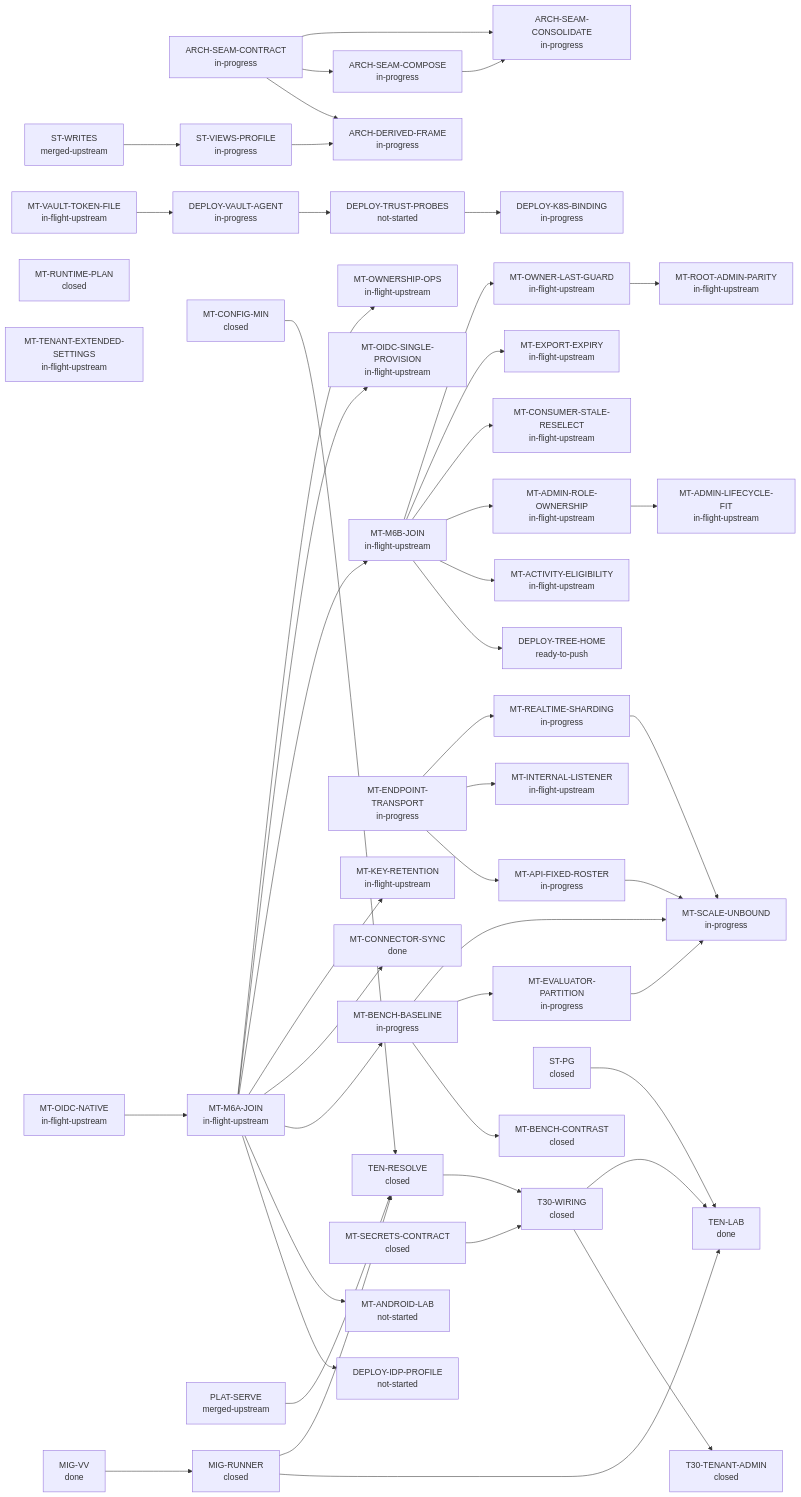
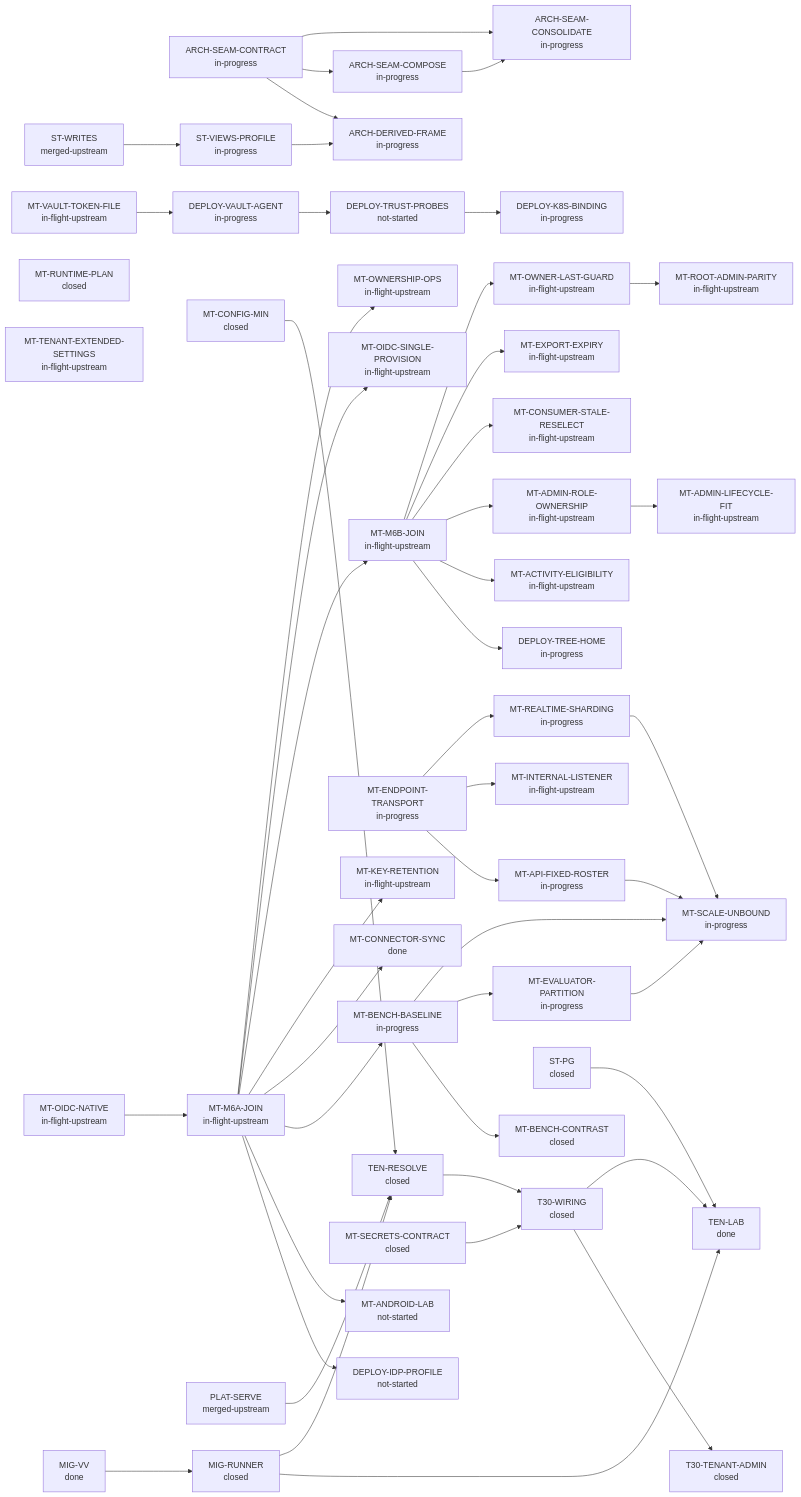
The second of 2 diagrams in docs/30-design/tenancy/multitenant-delivery-dashboard.md (bewest/rag-nightscout-ecosystem-alignment), drawn with Mermaid before and after one commit. The commit also changed other lines of this file and 34 other files, not shown here.

First line of the commit message:
Archive 28 superseded tenancy decision rows; correct stale MT queue claims; read-only SCHEMA-INTENT-GAPS registration gate

```diff
--- a/docs/30-design/tenancy/multitenant-delivery-dashboard.md
+++ b/docs/30-design/tenancy/multitenant-delivery-dashboard.md
@@ -87,7 +87,7 @@
   ARCH-SEAM-CONTRACT["ARCH-SEAM-CONTRACT<br/>in-progress"]
   DEPLOY-IDP-PROFILE["DEPLOY-IDP-PROFILE<br/>not-started"]
   DEPLOY-K8S-BINDING["DEPLOY-K8S-BINDING<br/>in-progress"]
-  DEPLOY-TREE-HOME["DEPLOY-TREE-HOME<br/>ready-to-push"]
+  DEPLOY-TREE-HOME["DEPLOY-TREE-HOME<br/>in-progress"]
   DEPLOY-TRUST-PROBES["DEPLOY-TRUST-PROBES<br/>not-started"]
   DEPLOY-VAULT-AGENT["DEPLOY-VAULT-AGENT<br/>in-progress"]
   MIG-RUNNER["MIG-RUNNER<br/>closed"]
```
